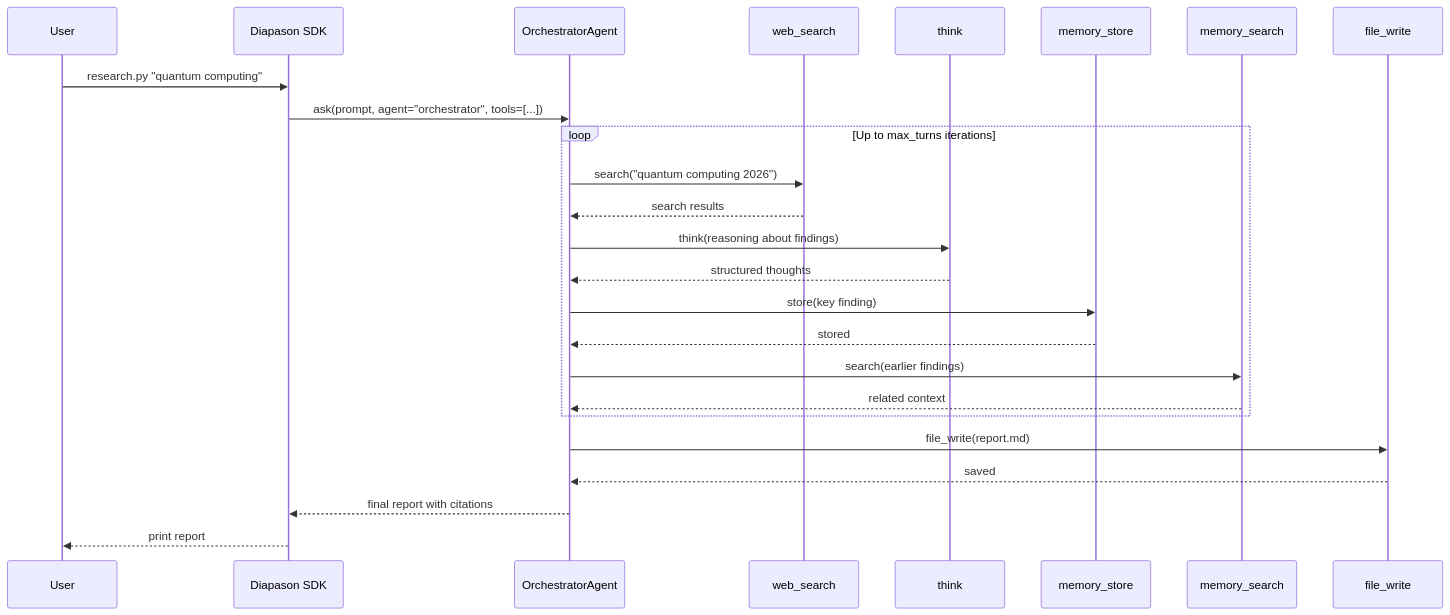
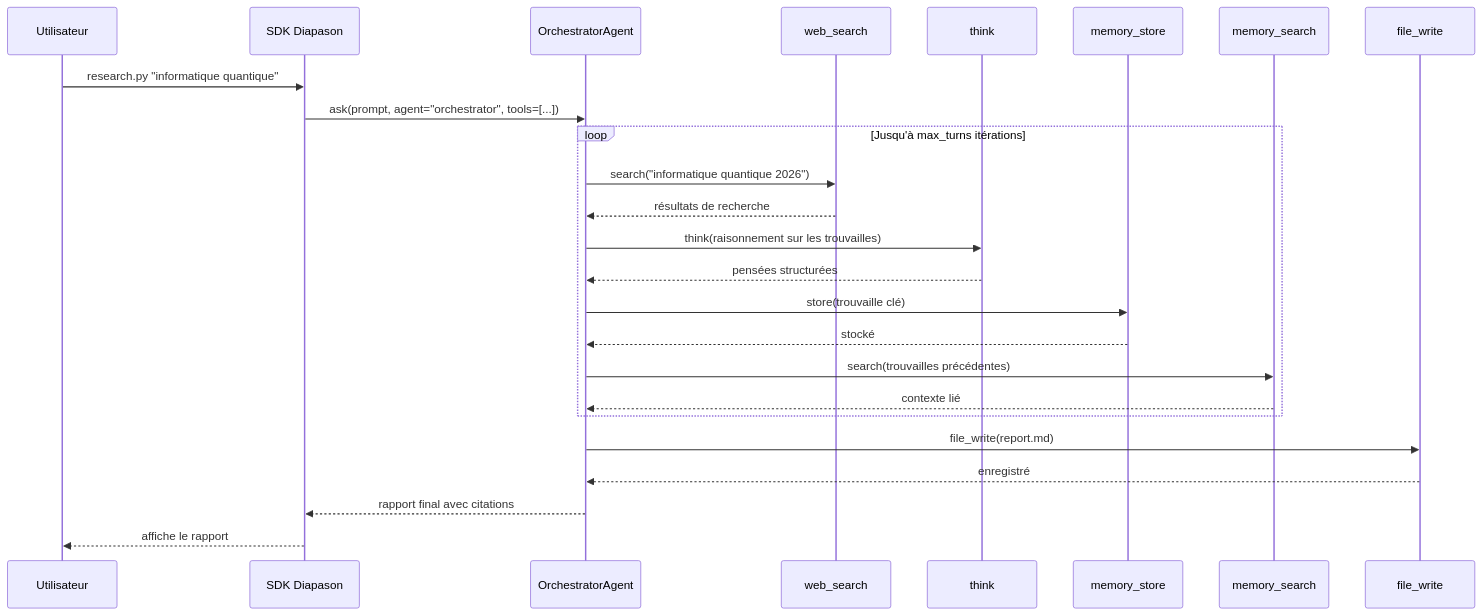
The diagram in docs/tutorials/deep-research.md (carlitoetienne01-spec/Diapason), drawn with Mermaid before and after one commit. The commit also changed other lines of this file and 257 other files, not shown here.

````diff
--- a/docs/tutorials/deep-research.md
+++ b/docs/tutorials/deep-research.md
@@ -42,28 +42,28 @@
 ```mermaid
 sequenceDiagram
-    participant U as User
-    participant J as Diapason SDK
+    participant U as Utilisateur
+    participant J as SDK Diapason
     participant O as OrchestratorAgent
     participant W as web_search
     participant T as think
     participant MS as memory_store
     participant MQ as memory_search
     participant F as file_write
 
-    U->>J: research.py "quantum computing"
+    U->>J: research.py "informatique quantique"
     J->>O: ask(prompt, agent="orchestrator", tools=[...])
-    loop Up to max_turns iterations
-        O->>W: search("quantum computing 2026")
-        W-->>O: search results
-        O->>T: think(reasoning about findings)
-        T-->>O: structured thoughts
-        O->>MS: store(key finding)
-        MS-->>O: stored
-        O->>MQ: search(earlier findings)
-        MQ-->>O: related context
+    loop Jusqu'à max_turns itérations
+        O->>W: search("informatique quantique 2026")
+        W-->>O: résultats de recherche
+        O->>T: think(raisonnement sur les trouvailles)
+        T-->>O: pensées structurées
+        O->>MS: store(trouvaille clé)
+        MS-->>O: stocké
+        O->>MQ: search(trouvailles précédentes)
+        MQ-->>O: contexte lié
     end
     O->>F: file_write(report.md)
-    F-->>O: saved
-    O-->>J: final report with citations
-    J-->>U: print report
+    F-->>O: enregistré
+    O-->>J: rapport final avec citations
+    J-->>U: affiche le rapport
 ```
````
